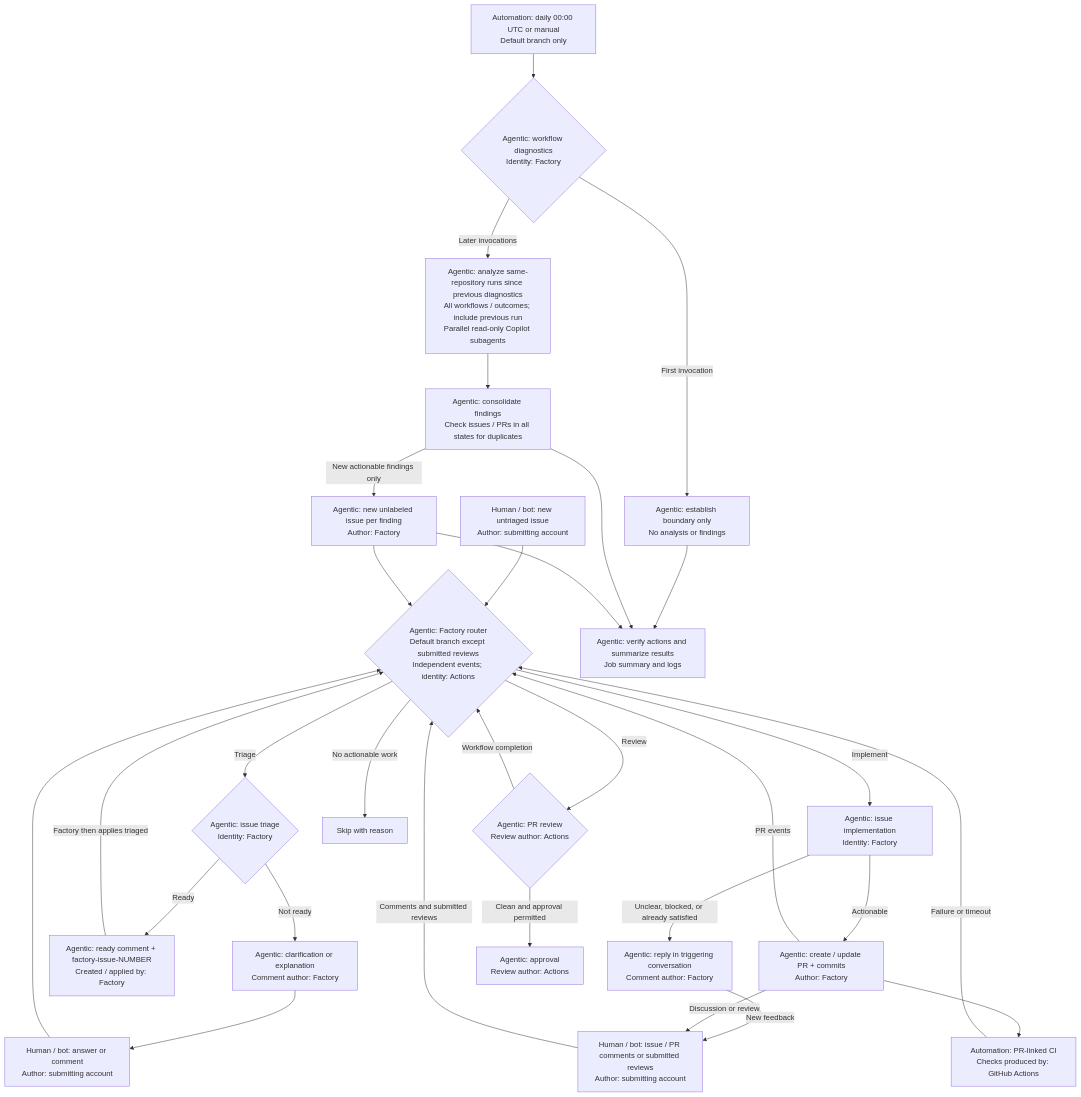
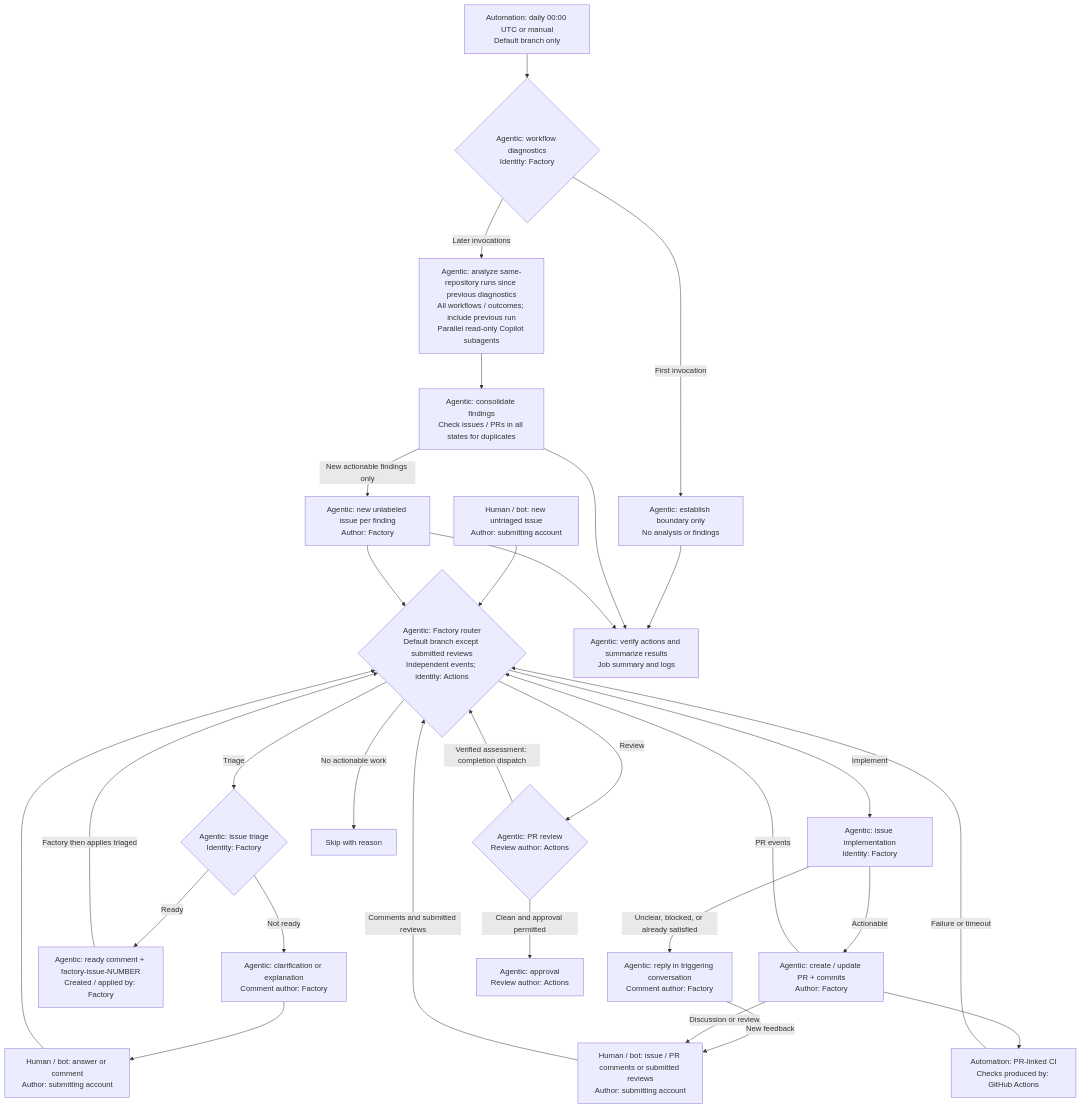
The diagram in README.md (VasiliyNovikov/Factory), drawn with Mermaid before and after one commit. The commit also changed 6 other files, not shown here.

Commit message:
Restore review completion routing with explicit dispatch

````diff
--- a/README.md
+++ b/README.md
@@ -29,33 +29,33 @@
 ```mermaid
 flowchart TD
     issue["Human / bot: new untriaged issue<br/>Author: submitting account"] --> router{"Agentic: Factory router<br/>Default branch except submitted reviews<br/>Independent events; identity: Actions"}
     router -->|Triage| triage{"Agentic: issue triage<br/>Identity: Factory"}
     router -->|Implement| implementation["Agentic: issue implementation<br/>Identity: Factory"]
     router -->|Review| review{"Agentic: PR review<br/>Review author: Actions"}
     router -->|No actionable work| skip["Skip with reason"]
     triage -->|Not ready| clarification["Agentic: clarification or explanation<br/>Comment author: Factory"]
     clarification --> answer["Human / bot: answer or comment<br/>Author: submitting account"]
     answer --> router
     triage -->|Ready| tracking["Agentic: ready comment + factory-issue-NUMBER<br/>Created / applied by: Factory"]
     tracking -->|Factory then applies triaged| router
     implementation -->|Actionable| pr["Agentic: create / update PR + commits<br/>Author: Factory"]
     implementation -->|Unclear, blocked, or already satisfied| reply["Agentic: reply in triggering conversation<br/>Comment author: Factory"]
     reply -->|New feedback| feedback["Human / bot: issue / PR comments or submitted reviews<br/>Author: submitting account"]
     feedback -->|Comments and submitted reviews| router
     pr -->|PR events| router
-    review -->|Workflow completion| router
+    review -->|Verified assessment: completion dispatch| router
     review -->|Clean and approval permitted| approval["Agentic: approval<br/>Review author: Actions"]
     pr --> ci["Automation: PR-linked CI<br/>Checks produced by: GitHub Actions"]
     pr -->|Discussion or review| feedback
     ci -->|Failure or timeout| router
 
     diagnosticsTrigger["Automation: daily 00:00 UTC or manual<br/>Default branch only"] --> diagnostics{"Agentic: workflow diagnostics<br/>Identity: Factory"}
     diagnostics -->|First invocation| boundary["Agentic: establish boundary only<br/>No analysis or findings"]
     diagnostics -->|Later invocations| workflowAnalysis["Agentic: analyze same-repository runs since previous diagnostics<br/>All workflows / outcomes; include previous run<br/>Parallel read-only Copilot subagents"]
     workflowAnalysis --> findings["Agentic: consolidate findings<br/>Check issues / PRs in all states for duplicates"]
     findings -->|New actionable findings only| diagnosticsIssue["Agentic: new unlabeled issue per finding<br/>Author: Factory"]
     diagnosticsIssue --> router
     boundary --> diagnosticsSummary["Agentic: verify actions and summarize results<br/>Job summary and logs"]
     findings --> diagnosticsSummary
     diagnosticsIssue --> diagnosticsSummary
 ```
````
